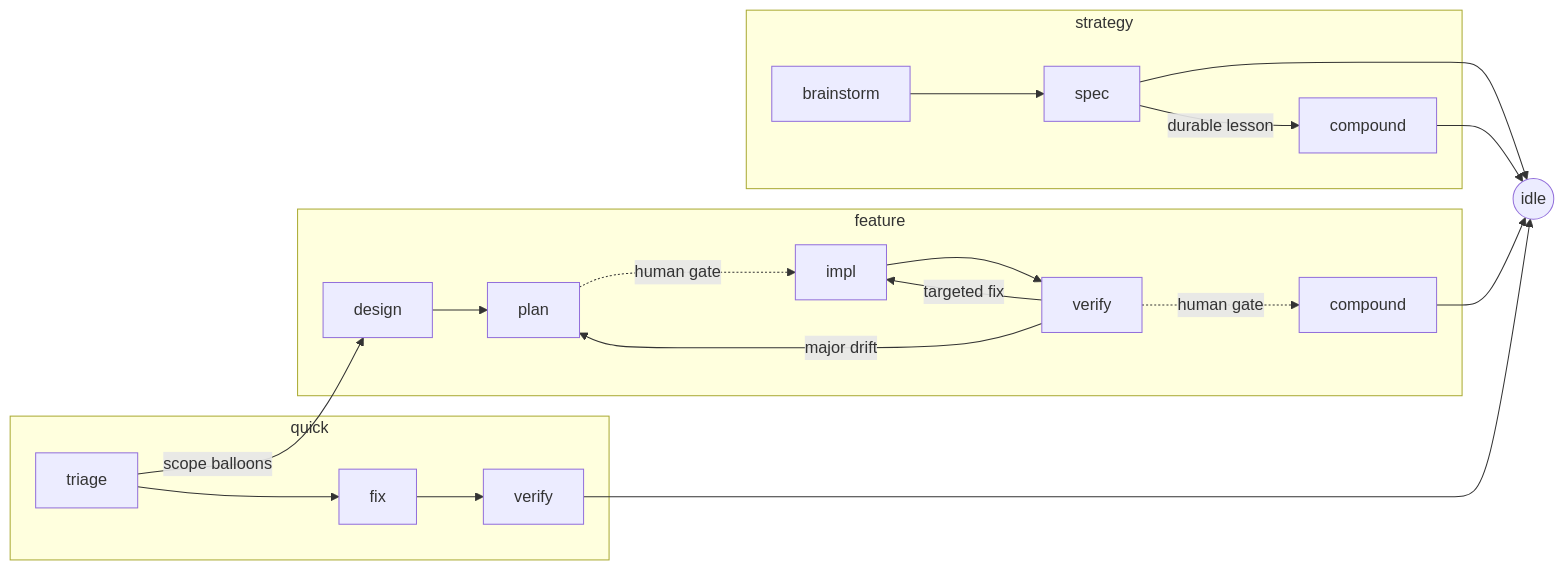
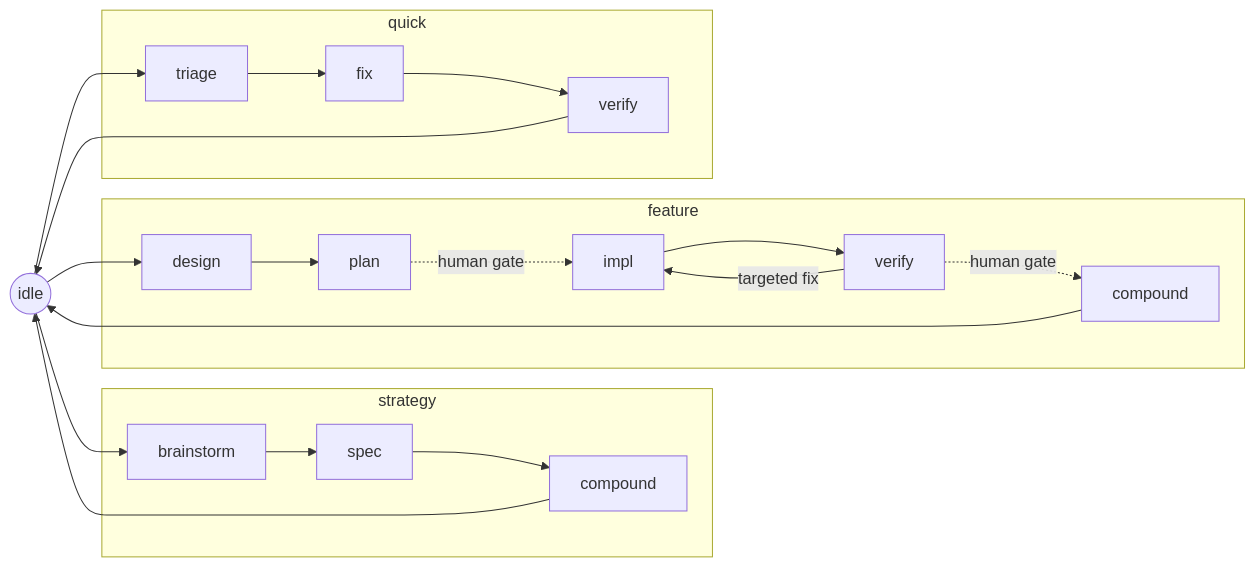
Before and after one commit to LennardZuendorf/vibe: the diagram in README.md, drawn with Mermaid. The commit also changed other lines of this file and 127 other files, not shown here.

````diff
--- a/README.md
+++ b/README.md
@@ -44,23 +119,20 @@
 ```mermaid
 flowchart LR
+    I((idle)) --> SB
     subgraph strategy
-        SB[brainstorm] --> SS[spec]
-        SS -->|durable lesson| SC[compound]
+        SB[brainstorm] --> SS[spec] --> SC[compound]
     end
     subgraph feature
-        D[design] --> P[plan]
-        P -. human gate .-> IM[impl]
-        IM --> V[verify]
+        D[design] --> P[plan] -. human gate .-> IM[impl] --> V[verify]
         V -. human gate .-> C[compound]
         V -->|targeted fix| IM
-        V -->|major drift| P
     end
     subgraph quick
         T[triage] --> F[fix] --> QV[verify]
-        T -->|scope balloons| D
     end
-    SS --> I((idle))
+    I --> D
+    I --> T
     SC --> I
     C --> I
     QV --> I
 ```
````
